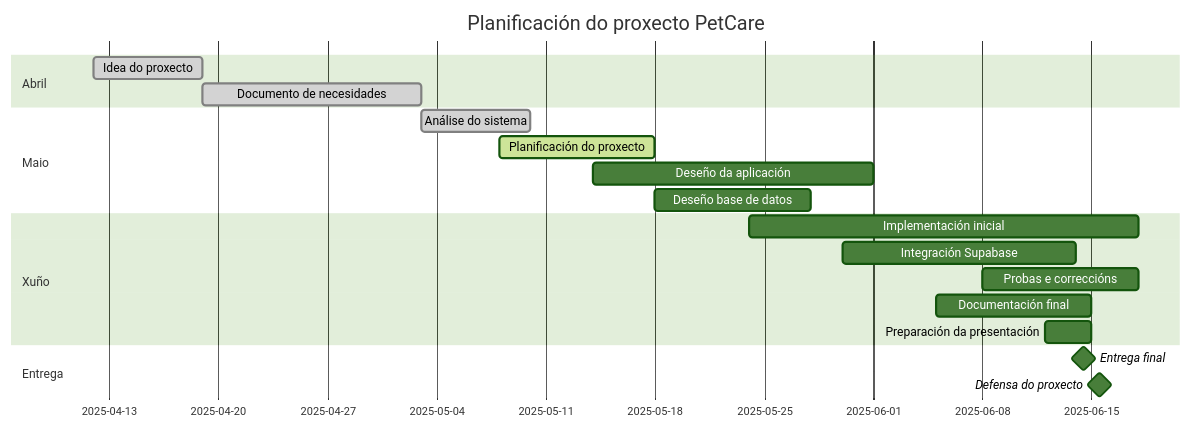
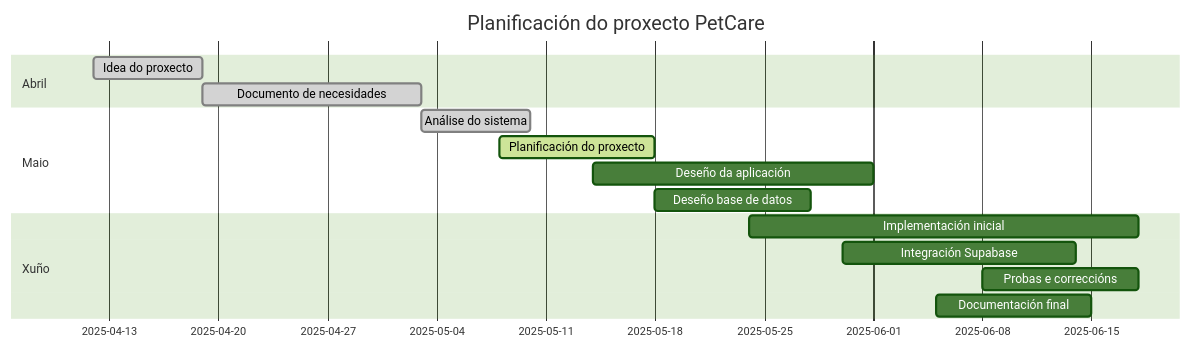
One commit to martinmgd/PetCare changed the first of 2 diagrams in doc/templates/4_planificacion.md. Above: the diagram before and after it, drawn with Mermaid (forest theme). The commit also changed other lines of this file and 9 other files, not shown here.

````diff
--- a/doc/templates/4_planificacion.md
+++ b/doc/templates/4_planificacion.md
@@ -389,26 +373,21 @@
 ```mermaid
 gantt
     title Planificación do proxecto PetCare
     dateFormat YYYY-MM-DD
 
     section Abril
     Idea do proxecto                     :done, a1, 2025-04-12, 7d
     Documento de necesidades             :done, a2, 2025-04-19, 14d
 
     section Maio
     Análise do sistema                   :done, b1, 2025-05-03, 7d
     Planificación do proxecto            :active, b2, 2025-05-08, 10d
     Deseño da aplicación                 :b3, 2025-05-14, 18d
     Deseño base de datos                 :b4, 2025-05-18, 10d
 
     section Xuño
     Implementación inicial               :c1, 2025-05-24, 25d
     Integración Supabase                 :c2, 2025-05-30, 15d
     Probas e correccións                 :c3, 2025-06-08, 10d
     Documentación final                  :c4, 2025-06-05, 10d
-    Preparación da presentación          :c5, 2025-06-12, 3d
-
-    section Entrega
-    Entrega final                        :milestone, c6, 2025-06-14, 1d
-    Defensa do proxecto                  :milestone, c7, 2025-06-15, 1d
 ```
````
